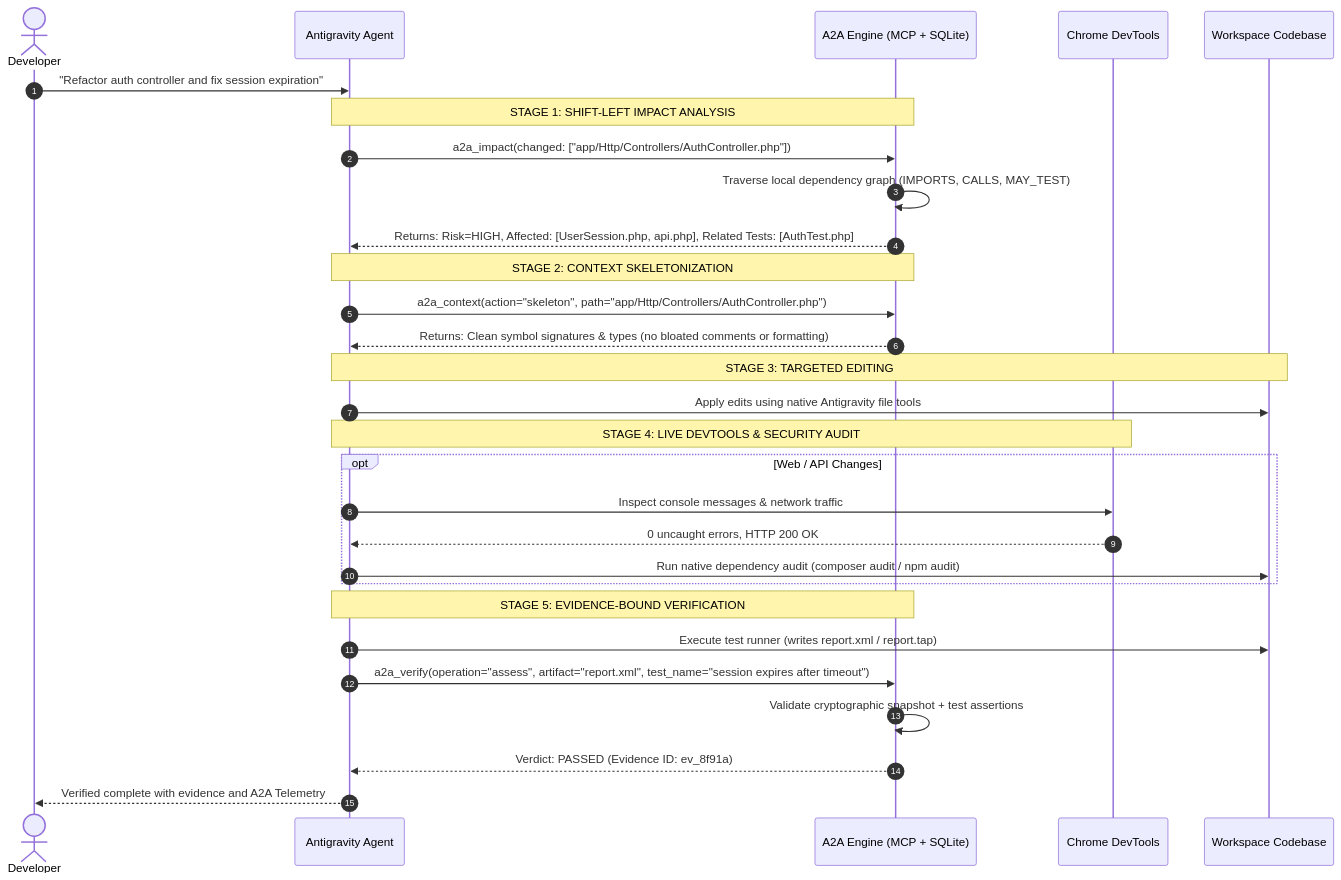
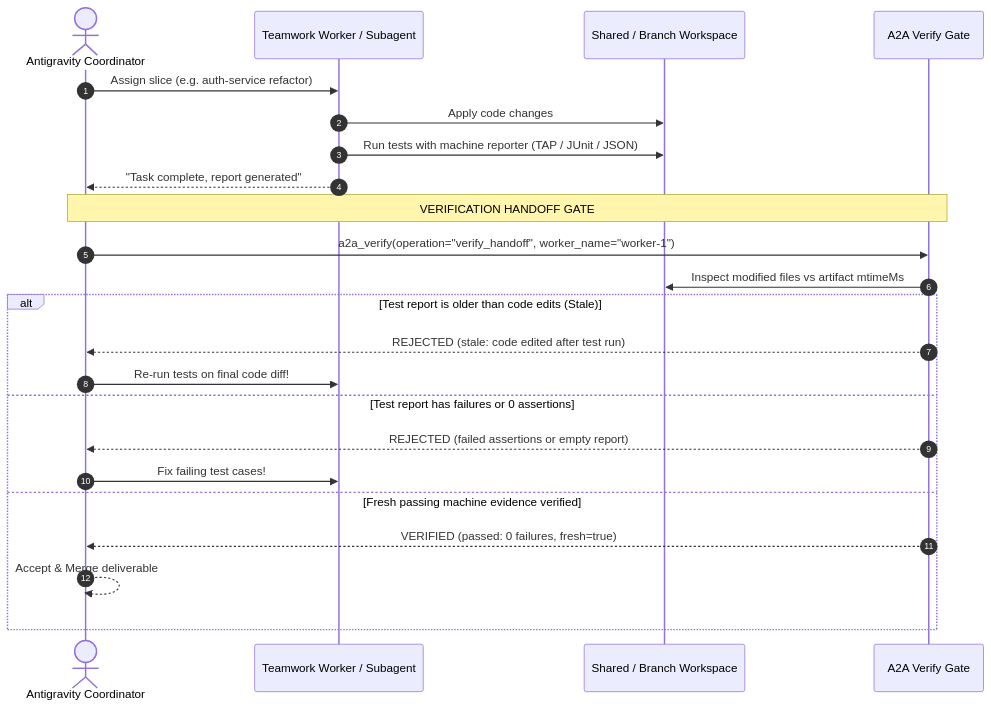
The second of 2 diagrams in README.md (alifakbxr/a2a), drawn with Mermaid before and after one commit. The commit also changed other lines of this file and 5 other files, not shown here.

````diff
--- a/README.md
+++ b/README.md
@@ -84,36 +133,26 @@
 ```mermaid
 sequenceDiagram
     autonumber
-    actor User as Developer
-    participant AG as Antigravity Agent
-    participant A2A as A2A Engine (MCP + SQLite)
-    participant DT as Chrome DevTools
-    participant FS as Workspace Codebase
+    actor Coordinator as Antigravity Coordinator
+    participant Worker as Teamwork Worker / Subagent
+    participant FS as Shared / Branch Workspace
+    participant A2A as A2A Verify Gate
 
-    User->>AG: "Refactor auth controller and fix session expiration"
-    Note over AG,A2A: STAGE 1: SHIFT-LEFT IMPACT ANALYSIS
-    AG->>A2A: a2a_impact(changed: ["app/Http/Controllers/AuthController.php"])
-    A2A->>A2A: Traverse local dependency graph (IMPORTS, CALLS, MAY_TEST)
-    A2A-->>AG: Returns: Risk=HIGH, Affected: [UserSession.php, api.php], Related Tests: [AuthTest.php]
-
-    Note over AG,A2A: STAGE 2: CONTEXT SKELETONIZATION
-    AG->>A2A: a2a_context(action="skeleton", path="app/Http/Controllers/AuthController.php")
-    A2A-->>AG: Returns: Clean symbol signatures & types (no bloated comments or formatting)
-
-    Note over AG,FS: STAGE 3: TARGETED EDITING
-    AG->>FS: Apply edits using native Antigravity file tools
-
-    Note over AG,DT: STAGE 4: LIVE DEVTOOLS & SECURITY AUDIT
-    opt Web / API Changes
-        AG->>DT: Inspect console messages & network traffic
-        DT-->>AG: 0 uncaught errors, HTTP 200 OK
-        AG->>FS: Run native dependency audit (composer audit / npm audit)
+    Coordinator->>Worker: Assign slice (e.g. auth-service refactor)
+    Worker->>FS: Apply code changes
+    Worker->>FS: Run tests with machine reporter (TAP / JUnit / JSON)
+    Worker-->>Coordinator: "Task complete, report generated"
+    Note over Coordinator,A2A: VERIFICATION HANDOFF GATE
+    Coordinator->>A2A: a2a_verify(operation="verify_handoff", worker_name="worker-1")
+    A2A->>FS: Inspect modified files vs artifact mtimeMs
+    alt Test report is older than code edits (Stale)
+        A2A-->>Coordinator: REJECTED (stale: code edited after test run)
+        Coordinator->>Worker: Re-run tests on final code diff!
+    else Test report has failures or 0 assertions
+        A2A-->>Coordinator: REJECTED (failed assertions or empty report)
+        Coordinator->>Worker: Fix failing test cases!
+    else Fresh passing machine evidence verified
+        A2A-->>Coordinator: VERIFIED (passed: 0 failures, fresh=true)
+        Coordinator-->>Coordinator: Accept & Merge deliverable
     end
-
-    Note over AG,A2A: STAGE 5: EVIDENCE-BOUND VERIFICATION
-    AG->>FS: Execute test runner (writes report.xml / report.tap)
-    AG->>A2A: a2a_verify(operation="assess", artifact="report.xml", test_name="session expires after timeout")
-    A2A->>A2A: Validate cryptographic snapshot + test assertions
-    A2A-->>AG: Verdict: PASSED (Evidence ID: ev_8f91a)
-    AG-->>User: Verified complete with evidence and A2A Telemetry
 ```
````
